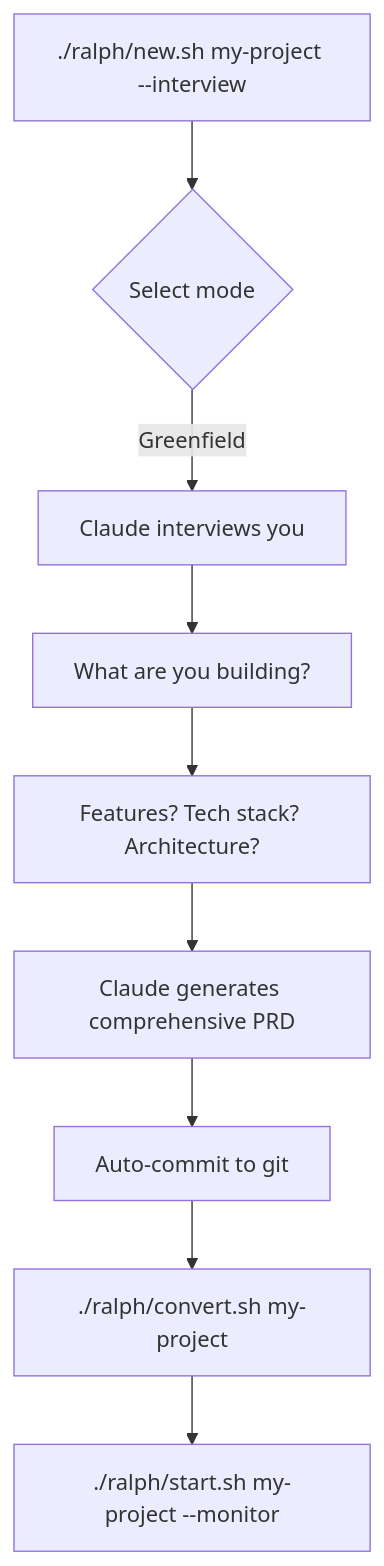
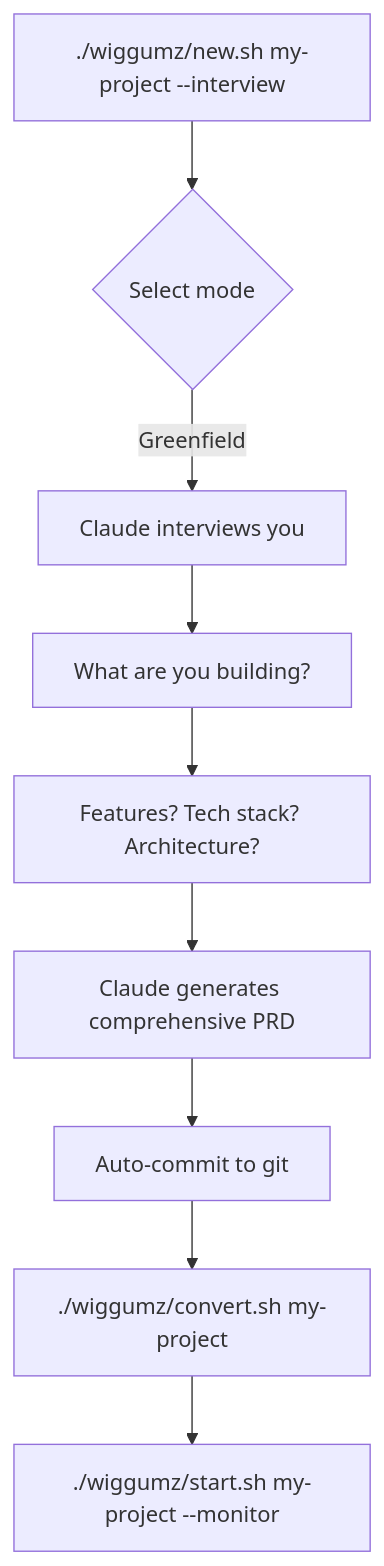
The second of 3 diagrams in README.md (mjtechguy/wiggumz), drawn with Mermaid before and after one commit. The commit also changed other lines of this file and 2 other files, not shown here.

First line of the commit message:
feat: rename to Wiggumz

````diff
--- a/README.md
+++ b/README.md
@@ -53,11 +53,11 @@
 ```mermaid
 flowchart TD
-    A[./ralph/new.sh my-project --interview] --> B{Select mode}
+    A[./wiggumz/new.sh my-project --interview] --> B{Select mode}
     B -->|Greenfield| C[Claude interviews you]
     C --> D[What are you building?]
     D --> E[Features? Tech stack? Architecture?]
     E --> F[Claude generates comprehensive PRD]
     F --> G[Auto-commit to git]
-    G --> H[./ralph/convert.sh my-project]
-    H --> I[./ralph/start.sh my-project --monitor]
+    G --> H[./wiggumz/convert.sh my-project]
+    H --> I[./wiggumz/start.sh my-project --monitor]
 ```
````
